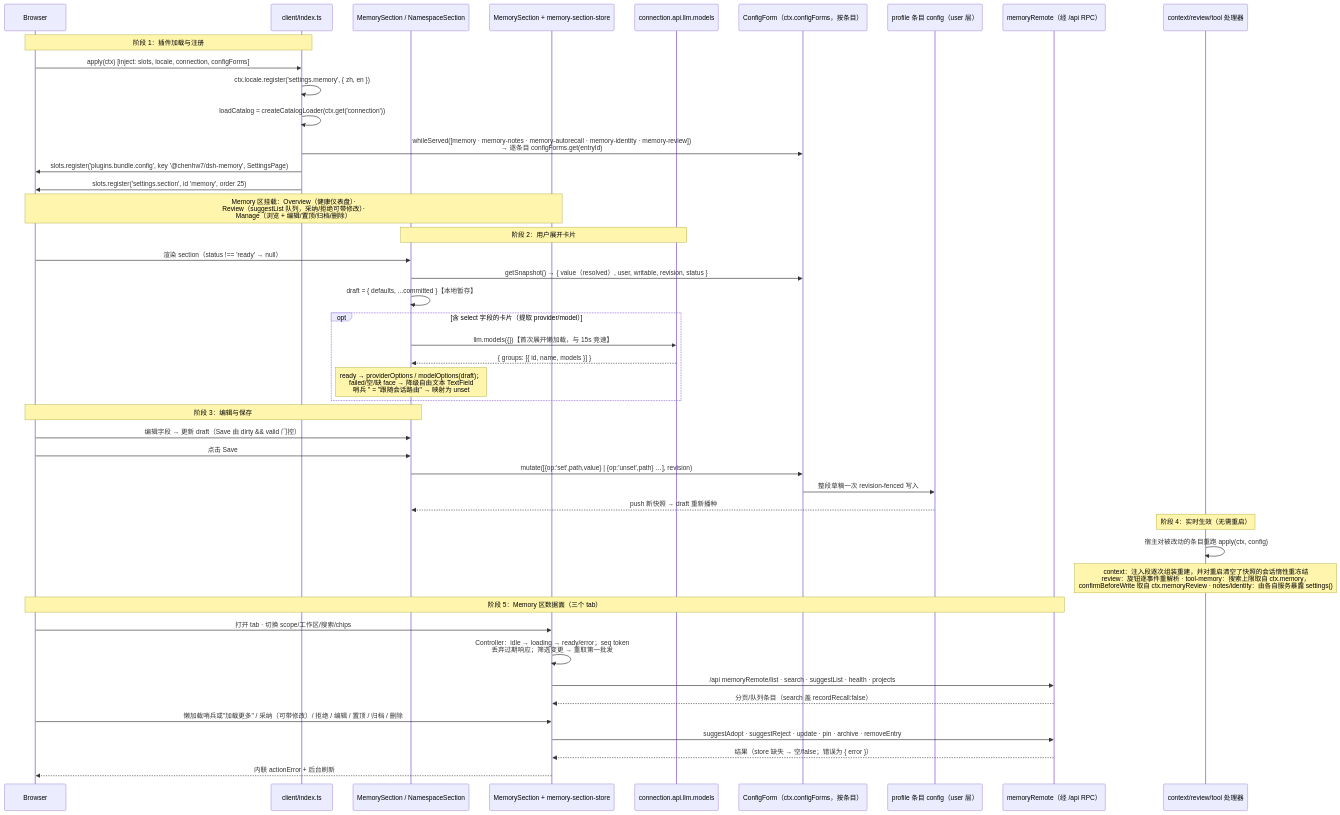
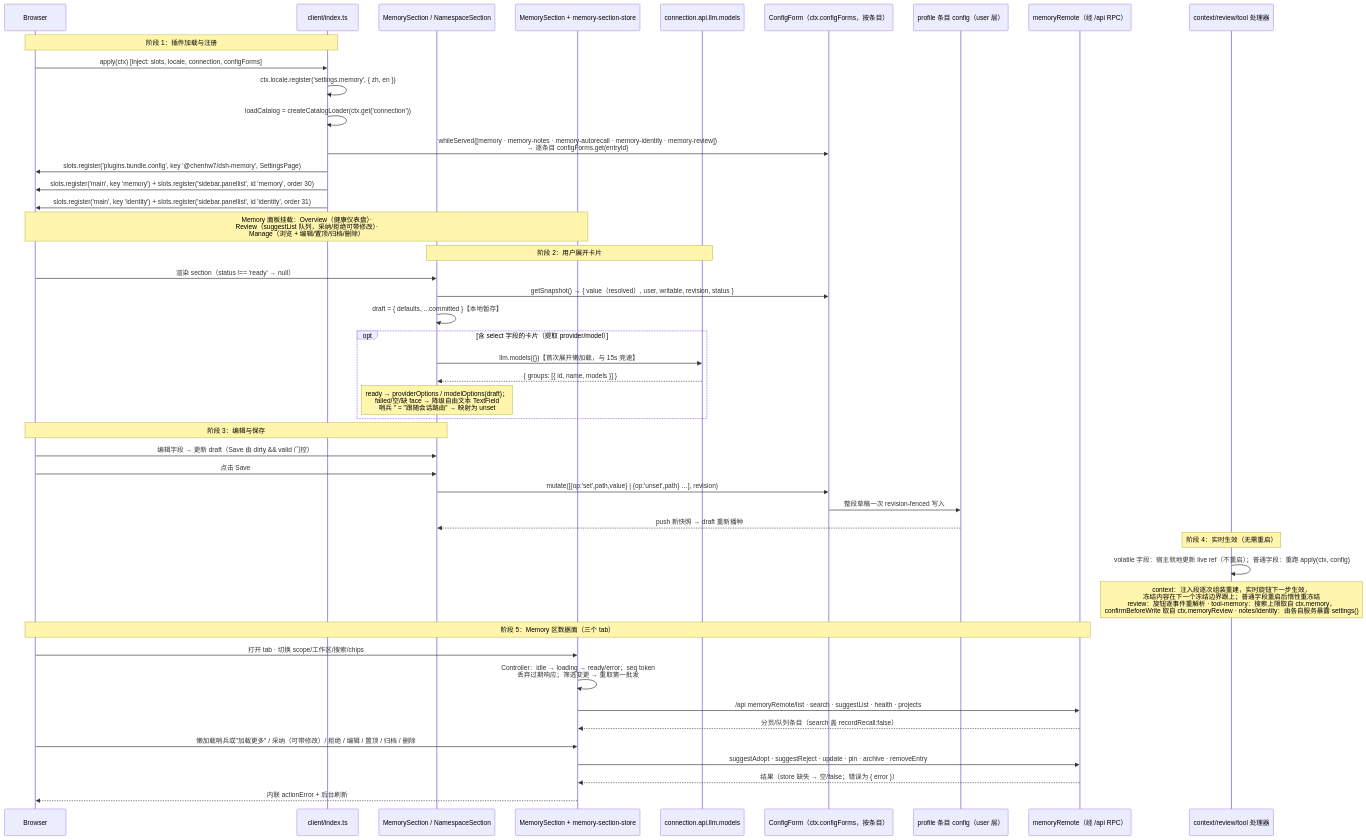
Diagram 14 of 15 in docs/SEQUENCE_DIAGRAMS.zh.md (chenhw7/dsh-memory), drawn with Mermaid before and after one commit. The commit also changed other lines of this file and 50 other files, not shown here.

First line of the commit message:
feat(client)!: compose on DSH 0.2 and move memory management to the sidebar

````diff
--- a/docs/SEQUENCE_DIAGRAMS.zh.md
+++ b/docs/SEQUENCE_DIAGRAMS.zh.md
@@ -639,58 +639,59 @@
 ```mermaid
 sequenceDiagram
     participant Browser as Browser
     participant Client as client/index.ts
     participant Card as MemorySection / NamespaceSection
     participant Section as MemorySection + memory-section-store
     participant Catalog as connection.api.llm.models
     participant Form as ConfigForm（ctx.configForms，按条目）
     participant Host as profile 条目 config（user 层）
     participant Remote as memoryRemote（经 /api RPC）
     participant Runtime as context/review/tool 处理器
 
     Note over Browser,Client: 阶段 1：插件加载与注册
 
     Browser->>Client: apply(ctx) [inject: slots, locale, connection, configForms]
     Client->>Client: ctx.locale.register('settings.memory', { zh, en })
     Client->>Client: loadCatalog = createCatalogLoader(ctx.get('connection'))
     Client->>Form: whileServed([memory · memory-notes · memory-autorecall · memory-identity · memory-review])<br/>→ 逐条目 configForms.get(entryId)
     Client->>Browser: slots.register('plugins.bundle.config', key '@chenhw7/dsh-memory', SettingsPage)
-    Client->>Browser: slots.register('settings.section', id 'memory', order 25)
-    Note over Browser,Section: Memory 区挂载：Overview（健康仪表盘）·<br/>Review（suggestList 队列，采纳/拒绝可带修改）·<br/>Manage（浏览 + 编辑/置顶/归档/删除）
+    Client->>Browser: slots.register('main', key 'memory') + slots.register('sidebar.panellist', id 'memory', order 30)
+    Client->>Browser: slots.register('main', key 'identity') + slots.register('sidebar.panellist', id 'identity', order 31)
+    Note over Browser,Section: Memory 面板挂载：Overview（健康仪表盘）·<br/>Review（suggestList 队列，采纳/拒绝可带修改）·<br/>Manage（浏览 + 编辑/置顶/归档/删除）
 
     Note over Card,Catalog: 阶段 2：用户展开卡片
 
     Browser->>Card: 渲染 section（status !== 'ready' → null）
     Card->>Form: getSnapshot() → { value（resolved）, user, writable, revision, status }
     Card->>Card: draft = { defaults, ...committed }【本地暂存】
 
     opt 含 select 字段的卡片（提取 provider/model）
         Card->>Catalog: llm.models({})【首次展开懒加载，与 15s 竞速】
         Catalog-->>Card: { groups: [{ id, name, models }] }
         Note over Card: ready → providerOptions / modelOptions(draft)；<br/>failed/空/缺 face → 降级自由文本 TextField<br/>哨兵 '' = "跟随会话路由" → 映射为 unset
     end
 
     Note over Browser,Card: 阶段 3：编辑与保存
 
     Browser->>Card: 编辑字段 → 更新 draft（Save 由 dirty && valid 门控）
     Browser->>Card: 点击 Save
     Card->>Form: mutate([{op:'set',path,value} | {op:'unset',path} …], revision)
     Form->>Host: 整段草稿一次 revision-fenced 写入
     Host-->>Card: push 新快照 → draft 重新播种
 
     Note over Runtime: 阶段 4：实时生效（无需重启）
 
-    Runtime->>Runtime: 宿主对被改动的条目重跑 apply(ctx, config)
-    Note over Runtime: context：注入段逐次组装重建，并对重启清空了快照的会话惰性重冻结<br/>review：旋钮逐事件重解析 · tool-memory：搜索上限取自 ctx.memory，<br/>confirmBeforeWrite 取自 ctx.memoryReview · notes/identity：由各自服务暴露 settings()
+    Runtime->>Runtime: volatile 字段：宿主就地更新 live ref（不重启）；普通字段：重跑 apply(ctx, config)
+    Note over Runtime: context：注入段逐次组装重建，实时旋钮下一步生效，<br/>冻结内容在下一个冻结边界跟上；普通字段重启后惰性重冻结<br/>review：旋钮逐事件重解析 · tool-memory：搜索上限取自 ctx.memory，<br/>confirmBeforeWrite 取自 ctx.memoryReview · notes/identity：由各自服务暴露 settings()
 
     Note over Browser,Remote: 阶段 5：Memory 区数据面（三个 tab）
 
     Browser->>Section: 打开 tab · 切换 scope/工作区/搜索/chips
     Section->>Section: Controller：idle → loading → ready/error；seq token<br/>丢弃过期响应；筛选变更 → 重取第一批发
     Section->>Remote: /api memoryRemote/list · search · suggestList · health · projects
     Remote-->>Section: 分页/队列条目（search 盖 recordRecall:false）
     Browser->>Section: 懒加载哨兵或"加载更多" / 采纳（可带修改）/ 拒绝 / 编辑 / 置顶 / 归档 / 删除
     Section->>Remote: suggestAdopt · suggestReject · update · pin · archive · removeEntry
     Remote-->>Section: 结果（store 缺失 → 空/false；错误为 { error }）
     Section-->>Browser: 内联 actionError + 后台刷新
 ```
````
